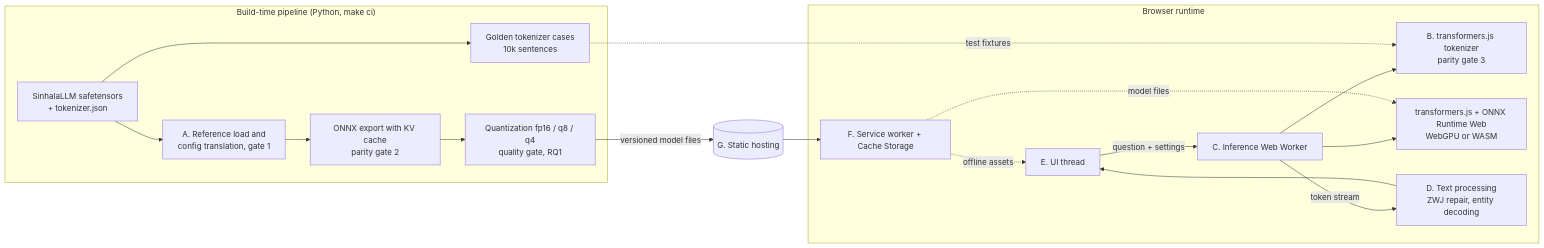
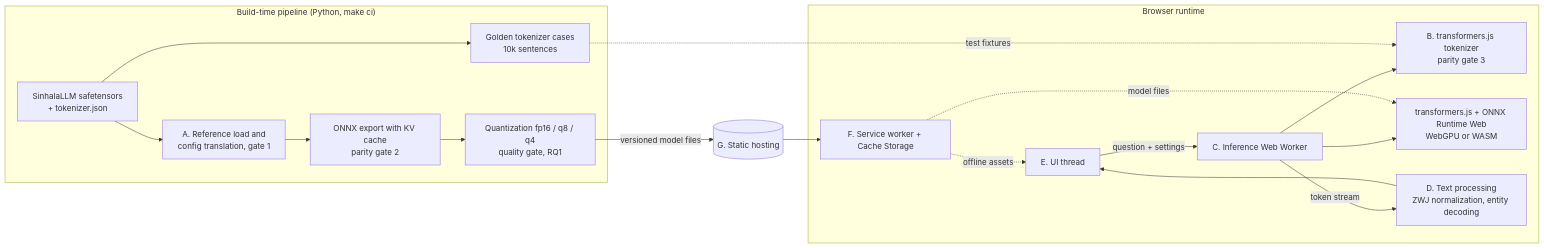
Before and after one commit to sinsankio/sinhalalm-offline: the first of 6 diagrams in docs/sinhalalm-browser-proposal.md, drawn with Mermaid. The commit also changed other lines of this file and 3 other files, not shown here.

Commit message:
docs(findings): Add ZWJ normalization analysis

````diff
--- a/docs/sinhalalm-browser-proposal.md
+++ b/docs/sinhalalm-browser-proposal.md
@@ -119,21 +119,21 @@
 ```mermaid
 flowchart LR
   subgraph Build["Build-time pipeline (Python, make ci)"]
     A["SinhalaLLM safetensors<br/>+ tokenizer.json"] --> B["A. Reference load and<br/>config translation, gate 1"]
     B --> C["ONNX export with KV cache<br/>parity gate 2"]
     C --> D["Quantization fp16 / q8 / q4<br/>quality gate, RQ1"]
     A --> E["Golden tokenizer cases<br/>10k sentences"]
   end
   subgraph Runtime["Browser runtime"]
     F["E. UI thread"] -->|"question + settings"| G["C. Inference Web Worker"]
     G --> H["B. transformers.js tokenizer<br/>parity gate 3"]
     G --> I["transformers.js + ONNX Runtime Web<br/>WebGPU or WASM"]
-    G -->|"token stream"| J["D. Text processing<br/>ZWJ repair, entity decoding"]
+    G -->|"token stream"| J["D. Text processing<br/>ZWJ normalization, entity decoding"]
     J --> F
     K["F. Service worker + Cache Storage"] -.->|"offline assets"| F
     K -.->|"model files"| I
   end
   D -->|"versioned model files"| L[("G. Static hosting")]
   E -.->|"test fixtures"| H
   L --> K
 ```
````
